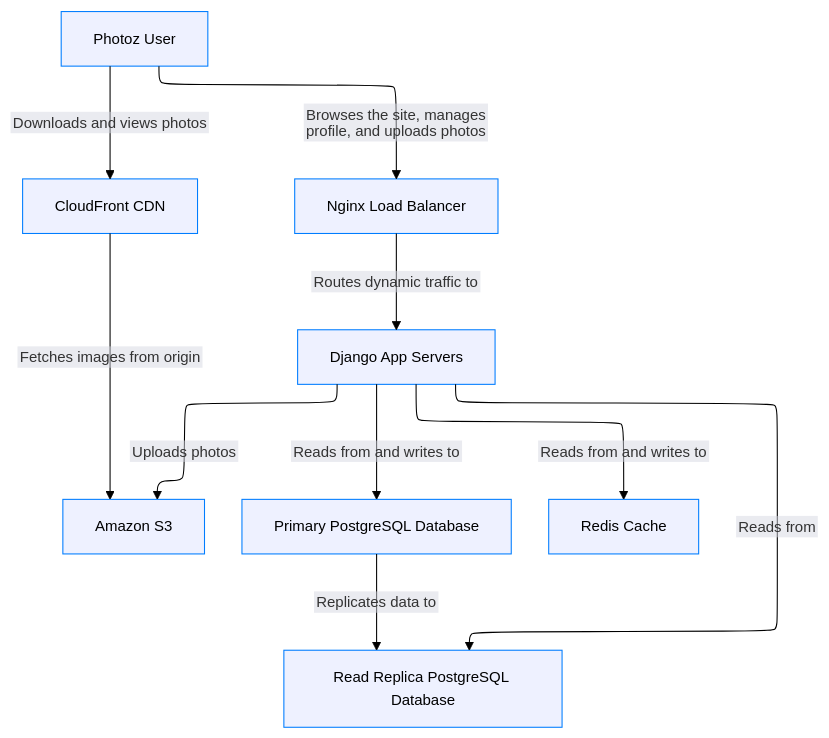
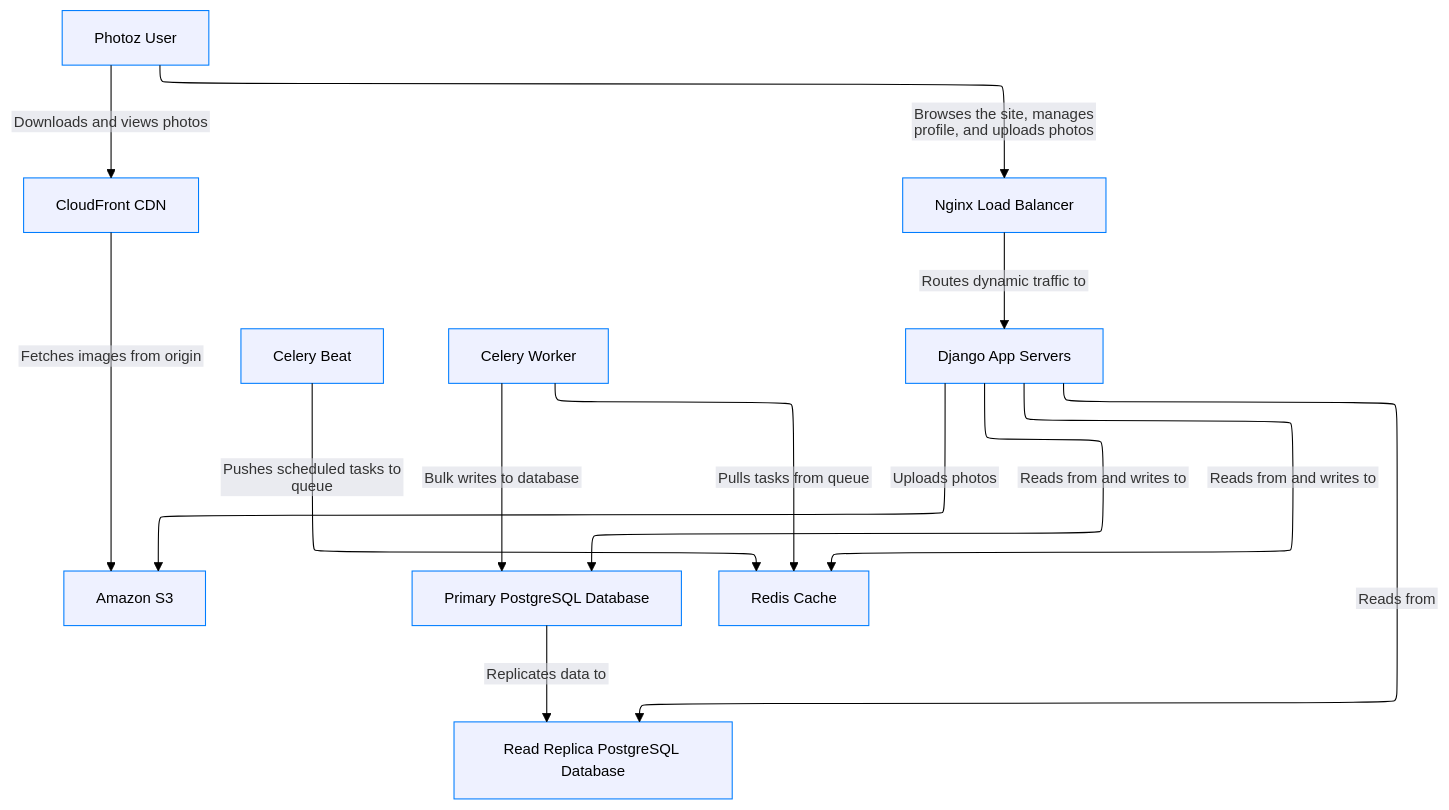
One commit to msdeep14/systemdesign-from-scratch changed the diagram in photoz/architecture/docs/docs/index.md. Above: the diagram before and after it, drawn with Mermaid. The commit also changed other lines of this file and 4 other files, not shown here.

Commit message:
updated architecture docs/c4 model with celery introduction

````diff
--- a/photoz/architecture/docs/docs/index.md
+++ b/photoz/architecture/docs/docs/index.md
@@ -14,41 +14,46 @@
 ```mermaid
 ---
 config:
   theme: base
   themeVariables:
     fontFamily: -apple-system, BlinkMacSystemFont, 'Segoe WPC', 'Segoe UI', system-ui, 'Ubuntu', sans-serif
     darkMode: false
     fontSize: 14px
     edgeLabelBackground: '#d5d7e1'
     lineColor: '#000000'
 ---
 %%{init: {"layout": "elk", "flowchart": {"htmlLabels": false}}}%%
 flowchart TB
 classDef boundary fill:#e1e4f0,stroke:#204485,stroke-dasharray: 5 4,stroke-width:1px,color:#000000;
 classDef node fill:#eef1ff,stroke:#007dff,stroke-width:1px,color:#000000;
 classDef iface fill:#f0f0f0,stroke:#b6b6b6,stroke-width:1px,font-size:10px,color:#000000;
 classDef highlight fill:#fdf7ec,stroke:#f0c060,stroke-width:1px,color:#000000;
 
 
     s3["Amazon S3"]:::node
+    celery-beat["Celery Beat"]:::node
+    celery-worker["Celery Worker"]:::node
     cdn["CloudFront CDN"]:::node
     web-app["Django App Servers"]:::node
     load-balancer["Nginx Load Balancer"]:::node
     node_end-user["Photoz User"]:::node
     primary-db["Primary PostgreSQL Database"]:::node
     replica-db["Read Replica PostgreSQL Database"]:::node
     cache["Redis Cache"]:::node
 
     load-balancer -->|Routes dynamic traffic to| web-app
     web-app -->|Reads from and writes to| primary-db
     web-app -->|Reads from| replica-db
     primary-db -->|Replicates data to| replica-db
     web-app -->|Reads from and writes to| cache
     web-app -->|Uploads photos| s3
     cdn -->|Fetches images from origin| s3
     node_end-user -->|Browses the site, manages profile, and uploads photos| load-balancer
     node_end-user -->|Downloads and views photos| cdn
+    celery-beat -->|Pushes scheduled tasks to queue| cache
+    celery-worker -->|Pulls tasks from queue| cache
+    celery-worker -->|Bulk writes to database| primary-db
 
 
 
 ```
````
